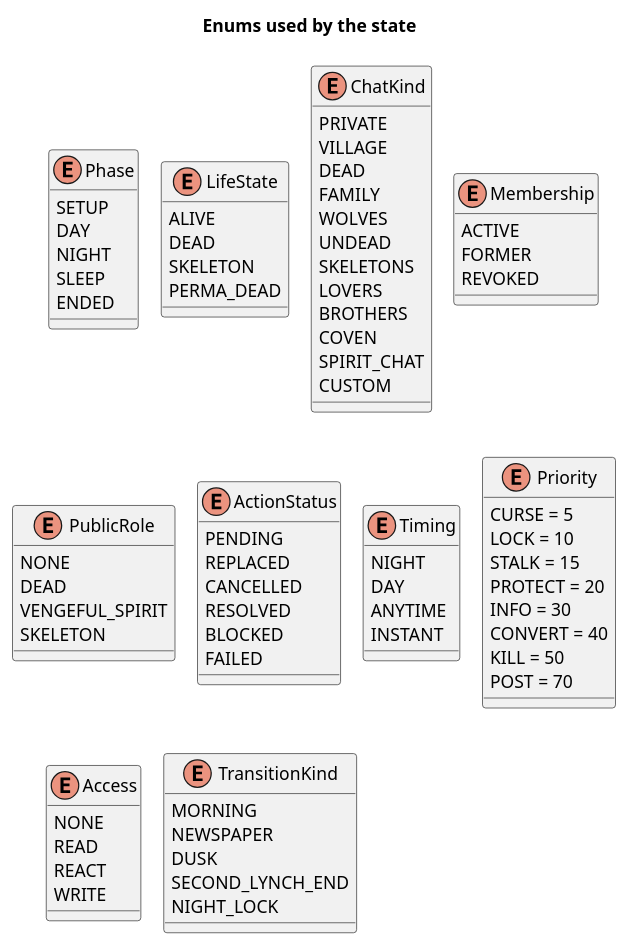
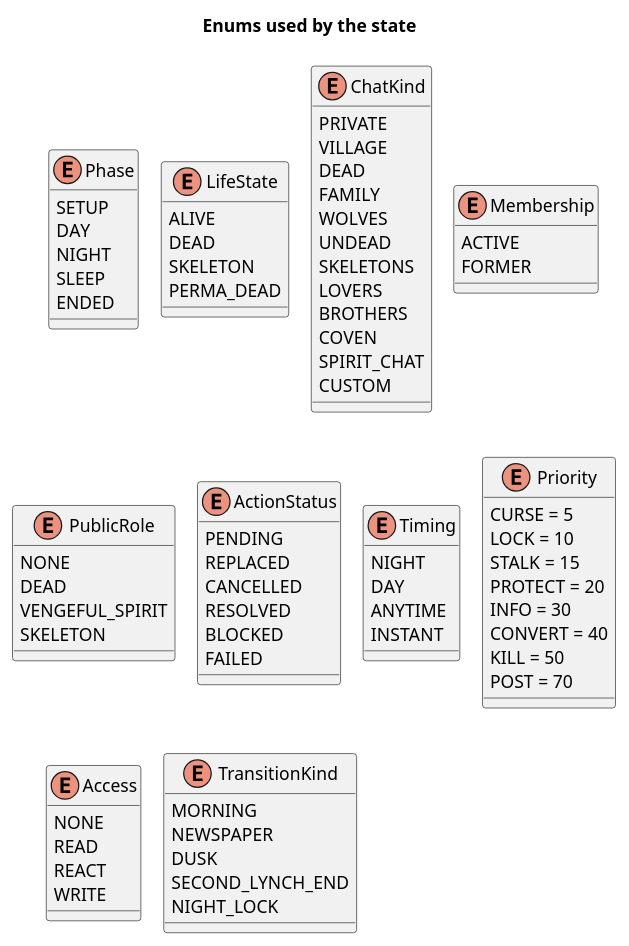
The diagram in Docs/diagrams/04-enums.puml (Mad-Scientist-Guild/Werewolves-bot), drawn with PlantUML before and after one commit. The commit also changed 87 other files, not shown here.

```diff
--- a/Docs/diagrams/04-enums.puml
+++ b/Docs/diagrams/04-enums.puml
@@ -1,80 +1,79 @@
 @startuml 04-enums
 !pragma layout smetana
 title Enums used by the state
 
 enum Phase {
   SETUP
   DAY
   NIGHT
   SLEEP
   ENDED
 }
 enum LifeState {
   ALIVE
   DEAD
   SKELETON
   PERMA_DEAD
 }
 enum ChatKind {
   PRIVATE
   VILLAGE
   DEAD
   FAMILY
   WOLVES
   UNDEAD
   SKELETONS
   LOVERS
   BROTHERS
   COVEN
   SPIRIT_CHAT
   CUSTOM
 }
 enum Membership {
   ACTIVE
   FORMER
-  REVOKED
 }
 enum PublicRole {
   NONE
   DEAD
   VENGEFUL_SPIRIT
   SKELETON
 }
 enum ActionStatus {
   PENDING
   REPLACED
   CANCELLED
   RESOLVED
   BLOCKED
   FAILED
 }
 enum Timing {
   NIGHT
   DAY
   ANYTIME
   INSTANT
 }
 enum Priority {
   CURSE = 5
   LOCK = 10
   STALK = 15
   PROTECT = 20
   INFO = 30
   CONVERT = 40
   KILL = 50
   POST = 70
 }
 enum Access {
   NONE
   READ
   REACT
   WRITE
 }
 enum TransitionKind {
   MORNING
   NEWSPAPER
   DUSK
   SECOND_LYNCH_END
   NIGHT_LOCK
 }
 @enduml
```
